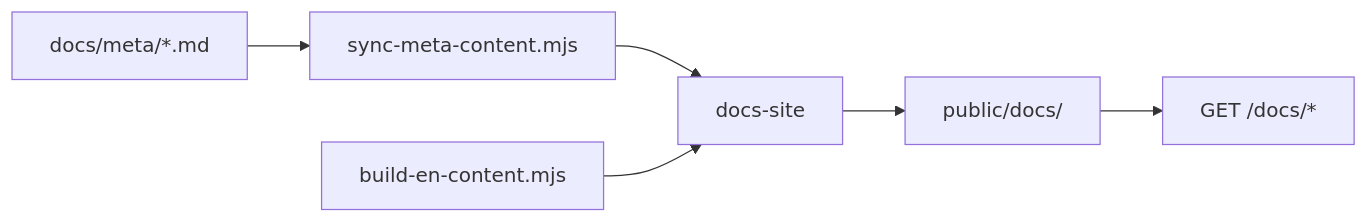
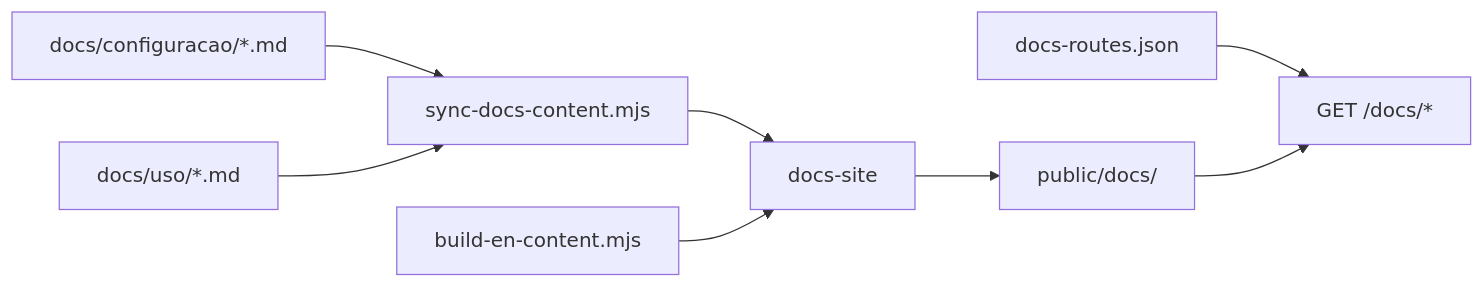
Before and after one commit to colabcolibri/iris: the diagram in docs/architecture/docs-site.md, drawn with Mermaid. The commit also changed other lines of this file and 493 other files, not shown here.

````diff
--- a/docs/architecture/docs-site.md
+++ b/docs/architecture/docs-site.md
@@ -38,13 +38,17 @@
 ```mermaid
 flowchart LR
-  MetaMd["docs/meta/*.md"]
-  Sync["sync-meta-content.mjs"]
+  ConfigMd["docs/configuracao/*.md"]
+  UsoMd["docs/uso/*.md"]
+  Routes["docs-routes.json"]
+  Sync["sync-docs-content.mjs"]
   EnBuild["build-en-content.mjs"]
   Starlight["docs-site"]
   Public["public/docs/"]
   HTTP["GET /docs/*"]
 
-  MetaMd --> Sync --> Starlight
+  ConfigMd --> Sync --> Starlight
+  UsoMd --> Sync
+  Routes --> HTTP
   EnBuild --> Starlight
   Starlight --> Public --> HTTP
 ```
````
